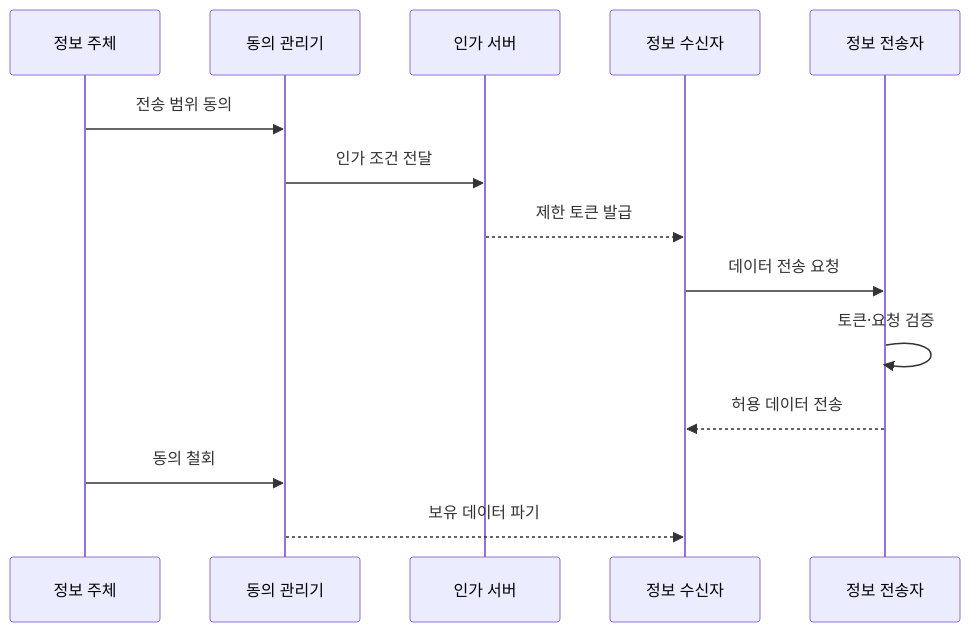
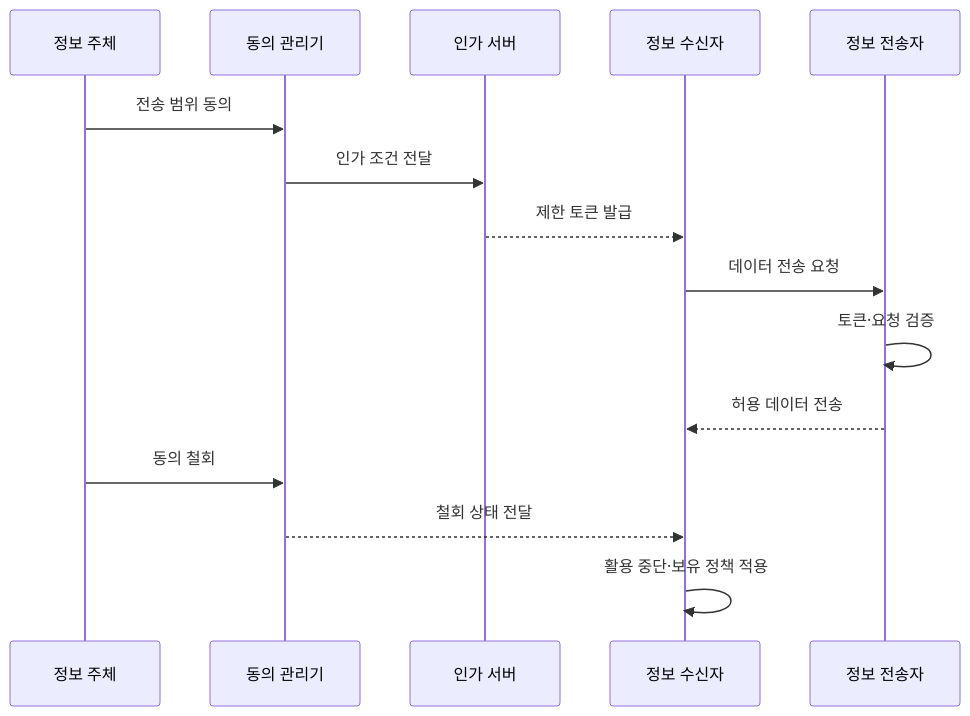
One commit to agnusdei1207/knowledge-base changed the second of 2 diagrams in src/content/docs/notes/05-security/099_mydata_service_security.md. Above: the diagram before and after it, drawn with Mermaid. The commit also changed other lines of this file and 31 other files, not shown here.

````diff
--- a/src/content/docs/notes/05-security/099_mydata_service_security.md
+++ b/src/content/docs/notes/05-security/099_mydata_service_security.md
@@ -78,16 +77,17 @@
 ```mermaid
 sequenceDiagram
   participant U as 정보 주체
   participant C as 동의 관리기
   participant A as 인가 서버
   participant R as 정보 수신자
   participant S as 정보 전송자
   U->>C: 전송 범위 동의
   C->>A: 인가 조건 전달
   A-->>R: 제한 토큰 발급
   R->>S: 데이터 전송 요청
   S->>S: 토큰·요청 검증
   S-->>R: 허용 데이터 전송
   U->>C: 동의 철회
-  C-->>R: 보유 데이터 파기
+  C-->>R: 철회 상태 전달
+  R->>R: 활용 중단·보유 정책 적용
 ```
````
